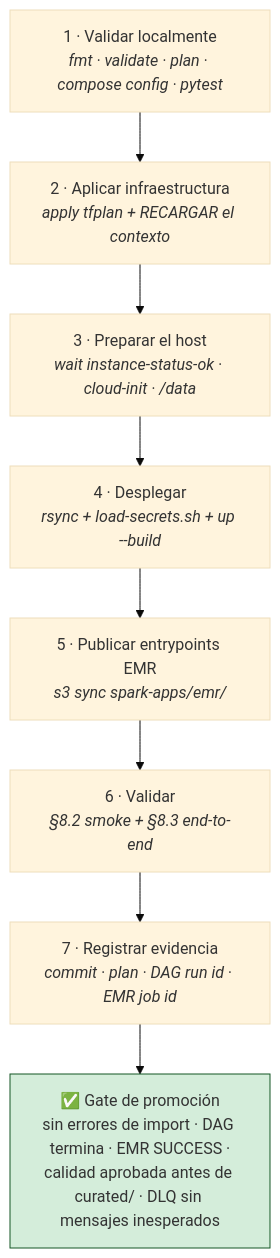
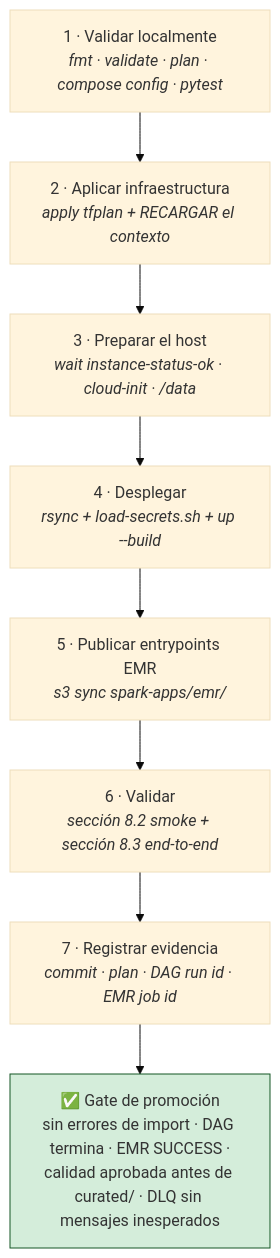
The ninth of 10 diagrams in docs/02-produccion-aws-terraform.md (abantodca/pyspark_stack), drawn with Mermaid (base theme) before and after one commit. The commit also changed other lines of this file and 1 other file, not shown here.

````diff
--- a/docs/02-produccion-aws-terraform.md
+++ b/docs/02-produccion-aws-terraform.md
@@ -7312,15 +7309,15 @@
 ```mermaid
 flowchart TD
     R1["1 · Validar localmente<br/><i>fmt · validate · plan · compose config · pytest</i>"]
     R2["2 · Aplicar infraestructura<br/><i>apply tfplan + RECARGAR el contexto</i>"]
     R3["3 · Preparar el host<br/><i>wait instance-status-ok · cloud-init · /data</i>"]
     R4["4 · Desplegar<br/><i>rsync + load-secrets.sh + up --build</i>"]
     R5["5 · Publicar entrypoints EMR<br/><i>s3 sync spark-apps/emr/</i>"]
-    R6["6 · Validar<br/><i>§8.2 smoke + §8.3 end-to-end</i>"]
+    R6["6 · Validar<br/><i>sección 8.2 smoke + sección 8.3 end-to-end</i>"]
     R7["7 · Registrar evidencia<br/><i>commit · plan · DAG run id · EMR job id</i>"]
     GATE["✅ Gate de promoción<br/>sin errores de import · DAG termina · EMR SUCCESS ·<br/>calidad aprobada antes de curated/ · DLQ sin mensajes inesperados"]
 
     R1 --> R2 --> R3 --> R4 --> R5 --> R6 --> R7 --> GATE
 
     style GATE fill:#d4edda,stroke:#155724
 ```
````
